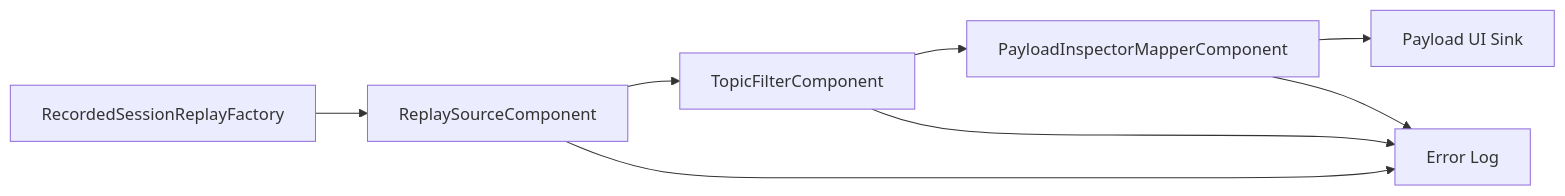
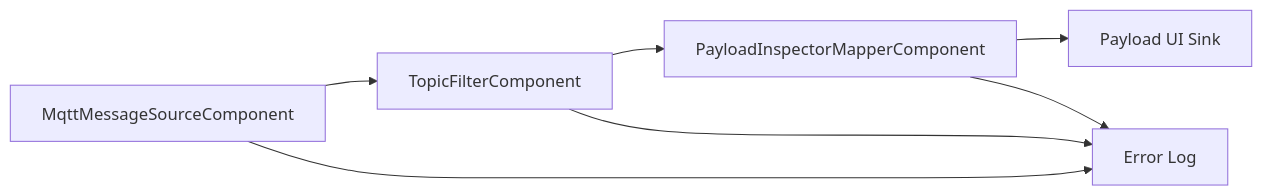
Before and after one commit to araxis/FluxMq: the tenth of 11 diagrams in docs/flow-components.md, drawn with Mermaid. The commit also changed other lines of this file and 8 other files, not shown here.

Commit message:
Add MQTT message source component

````diff
--- a/docs/flow-components.md
+++ b/docs/flow-components.md
@@ -230,10 +262,9 @@
 ```mermaid
 flowchart LR
-    Factory["RecordedSessionReplayFactory"] --> Replay["ReplaySourceComponent"]
-    Replay --> Filter["TopicFilterComponent"]
+    Source["MqttMessageSourceComponent"] --> Filter["TopicFilterComponent"]
     Filter --> Mapper["PayloadInspectorMapperComponent"]
     Mapper --> Ui["Payload UI Sink"]
-    Replay --> ErrorLog["Error Log"]
+    Source --> ErrorLog["Error Log"]
     Filter --> ErrorLog
     Mapper --> ErrorLog
 ```
````
